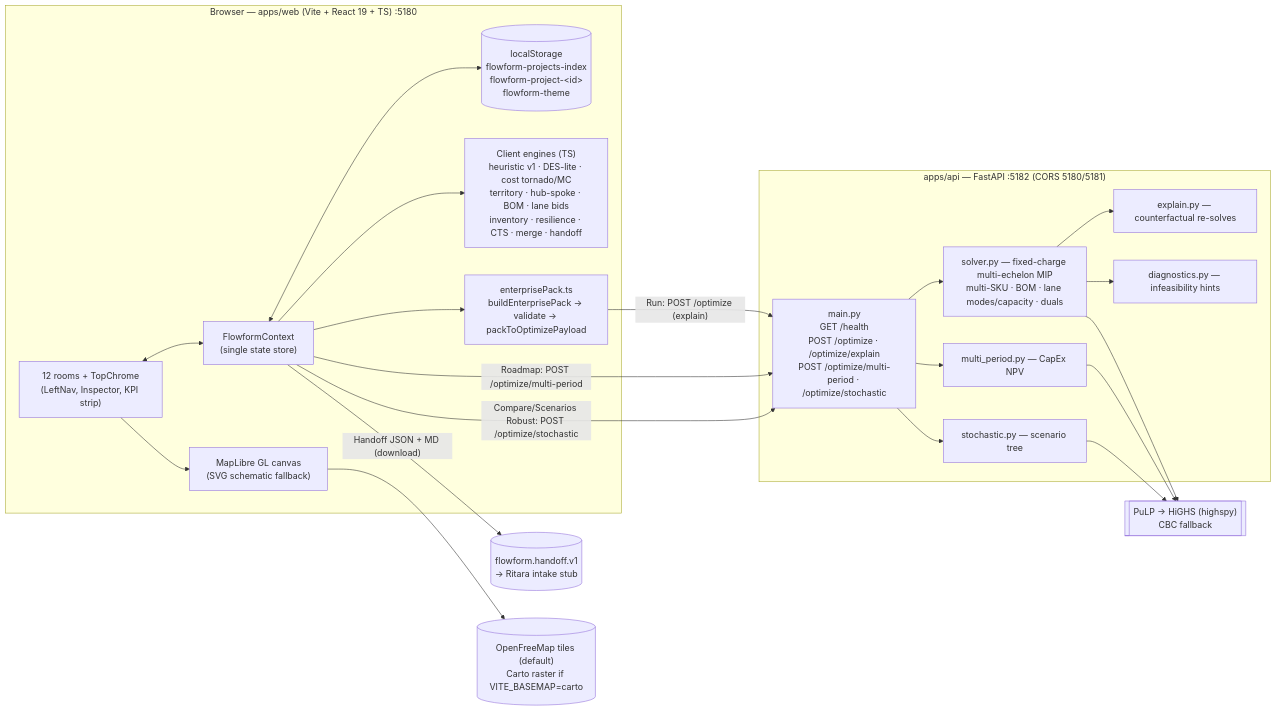
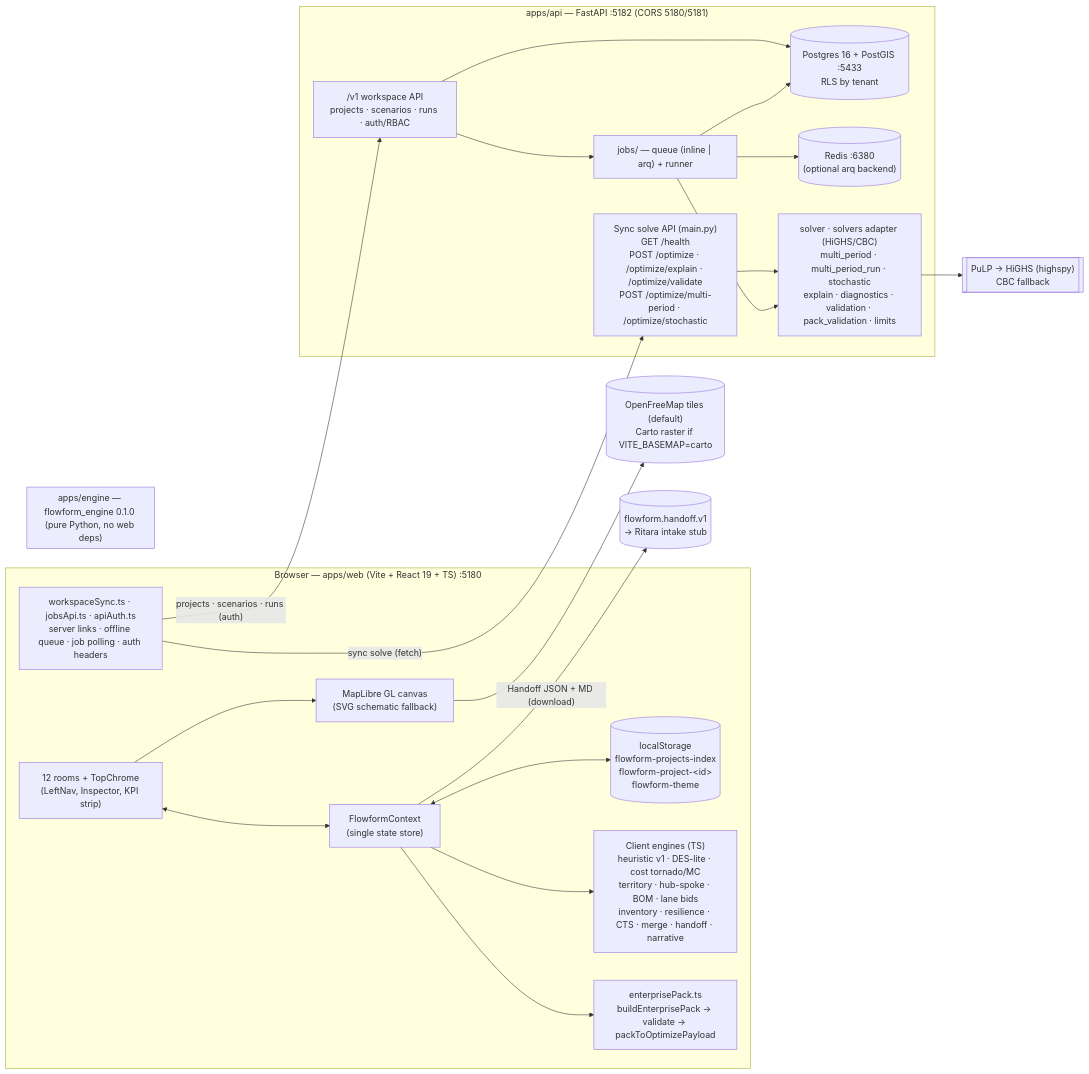
The diagram in docs/MASTER_BLUEPRINT.md (jigarparekh84-lab/Flowform), drawn with Mermaid before and after one commit. The commit also changed other lines of this file and 8 other files, not shown here.

````diff
--- a/docs/MASTER_BLUEPRINT.md
+++ b/docs/MASTER_BLUEPRINT.md
@@ -71,38 +75,40 @@
 ```mermaid
 flowchart LR
   subgraph Browser["Browser — apps/web (Vite + React 19 + TS) :5180"]
     UI["12 rooms + TopChrome<br/>(LeftNav, Inspector, KPI strip)"]
     CTX["FlowformContext<br/>(single state store)"]
     LS[("localStorage<br/>flowform-projects-index<br/>flowform-project-&lt;id&gt;<br/>flowform-theme")]
-    ENG["Client engines (TS)<br/>heuristic v1 · DES-lite · cost tornado/MC<br/>territory · hub-spoke · BOM · lane bids<br/>inventory · resilience · CTS · merge · handoff"]
+    ENG["Client engines (TS)<br/>heuristic v1 · DES-lite · cost tornado/MC<br/>territory · hub-spoke · BOM · lane bids<br/>inventory · resilience · CTS · merge · handoff · narrative"]
     PACK["enterprisePack.ts<br/>buildEnterprisePack → validate → packToOptimizePayload"]
+    SYNC["workspaceSync.ts · jobsApi.ts · apiAuth.ts<br/>server links · offline queue · job polling · auth headers"]
     MAP["MapLibre GL canvas<br/>(SVG schematic fallback)"]
     UI <--> CTX
     CTX <--> LS
     CTX --> ENG
     CTX --> PACK
     UI --> MAP
   end
   TILES[("OpenFreeMap tiles (default)<br/>Carto raster if VITE_BASEMAP=carto")]
   MAP --> TILES
   subgraph API["apps/api — FastAPI :5182 (CORS 5180/5181)"]
-    MAIN["main.py<br/>GET /health<br/>POST /optimize · /optimize/explain<br/>POST /optimize/multi-period · /optimize/stochastic"]
-    SOLVER["solver.py — fixed-charge multi-echelon MIP<br/>multi-SKU · BOM · lane modes/capacity · duals"]
-    EXPL["explain.py — counterfactual re-solves"]
-    DIAG["diagnostics.py — infeasibility hints"]
-    MP["multi_period.py — CapEx NPV"]
-    ST["stochastic.py — scenario tree"]
-    MAIN --> SOLVER --> EXPL
-    SOLVER --> DIAG
-    MAIN --> MP
-    MAIN --> ST
+    MAIN["Sync solve API (main.py)<br/>GET /health<br/>POST /optimize · /optimize/explain · /optimize/validate<br/>POST /optimize/multi-period · /optimize/stochastic"]
+    V1["/v1 workspace API<br/>projects · scenarios · runs · auth/RBAC"]
+    JOBS["jobs/ — queue (inline | arq) + runner"]
+    DBS[("Postgres 16 + PostGIS :5433<br/>RLS by tenant")]
+    Q[("Redis :6380<br/>(optional arq backend)")]
+    MAIN --> ENGINE
+    V1 --> DBS
+    V1 --> JOBS
+    JOBS --> ENGINE
+    JOBS --> DBS
+    JOBS --> Q
+  end
+  subgraph Engine["apps/engine — flowform_engine 0.1.0 (pure Python, no web deps)"]
+    ENGINE["solver · solvers adapter (HiGHS/CBC)<br/>multi_period · multi_period_run · stochastic<br/>explain · diagnostics · validation · pack_validation · limits"]
   end
   HIGHS[["PuLP → HiGHS (highspy)<br/>CBC fallback"]]
-  SOLVER --> HIGHS
-  MP --> HIGHS
-  ST --> HIGHS
-  PACK -- "Run: POST /optimize (explain)" --> MAIN
-  CTX -- "Roadmap: POST /optimize/multi-period" --> MAIN
-  CTX -- "Compare/Scenarios Robust: POST /optimize/stochastic" --> MAIN
+  ENGINE --> HIGHS
+  SYNC -- "sync solve (fetch)" --> MAIN
+  SYNC -- "projects · scenarios · runs (auth)" --> V1
   CTX -- "Handoff JSON + MD (download)" --> OUT[("flowform.handoff.v1<br/>→ Ritara intake stub")]
 ```
````
